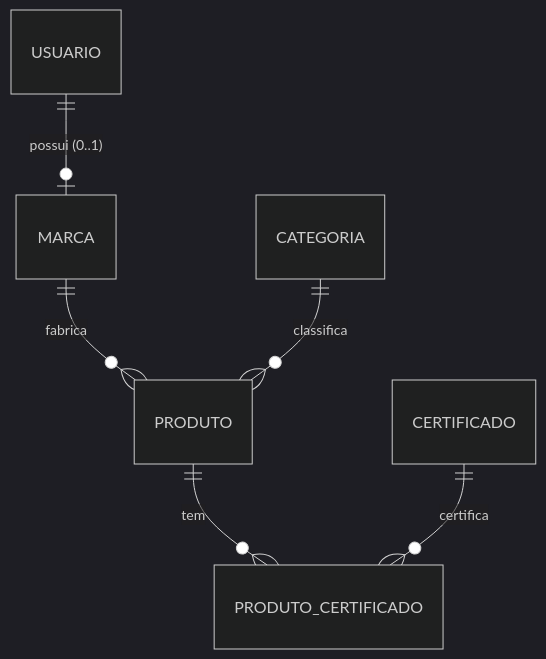
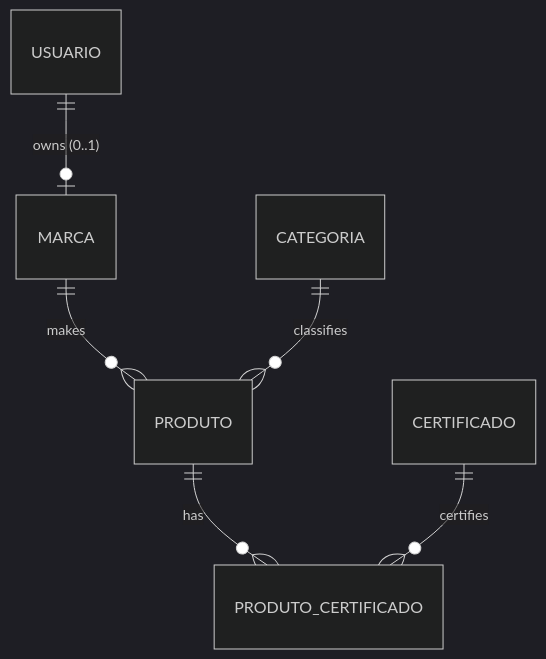
The diagram in docs/product/modelo-de-dominio.md (maria-brito15/ecoshop-nextjs), drawn with Mermaid (dark theme) before and after one commit. The commit also changed other lines of this file and 16 other files, not shown here.

````diff
--- a/docs/product/modelo-de-dominio.md
+++ b/docs/product/modelo-de-dominio.md
@@ -4,8 +4,8 @@
 ```mermaid
 erDiagram
-  USUARIO ||--o| MARCA : "possui (0..1)"
-  MARCA ||--o{ PRODUTO : fabrica
-  CATEGORIA ||--o{ PRODUTO : classifica
-  PRODUTO ||--o{ PRODUTO_CERTIFICADO : tem
-  CERTIFICADO ||--o{ PRODUTO_CERTIFICADO : certifica
+  USUARIO ||--o| MARCA : "owns (0..1)"
+  MARCA ||--o{ PRODUTO : makes
+  CATEGORIA ||--o{ PRODUTO : classifies
+  PRODUTO ||--o{ PRODUTO_CERTIFICADO : has
+  CERTIFICADO ||--o{ PRODUTO_CERTIFICADO : certifies
 ```
````
